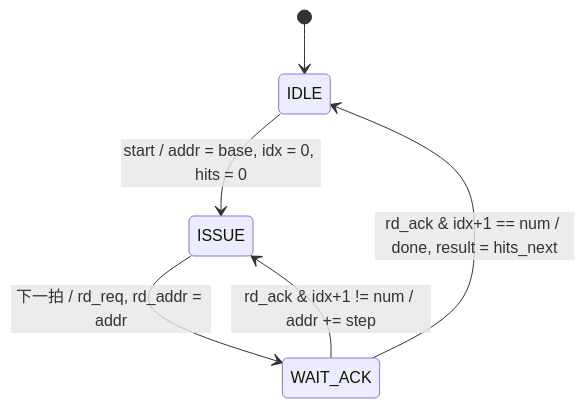
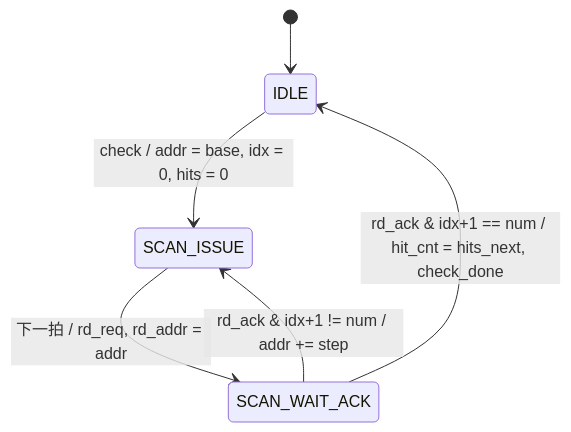
Before and after one commit to rede97/autowire: the fifth of 7 diagrams in docs/state/async-fsm.md, drawn with Mermaid. The commit also changed other lines of this file and 24 other files, not shown here.

````diff
--- a/docs/state/async-fsm.md
+++ b/docs/state/async-fsm.md
@@ -1604,8 +1732,8 @@
 ```mermaid
 stateDiagram-v2
   [*] --> IDLE
-  IDLE --> ISSUE: start / addr = base, idx = 0, hits = 0
-  ISSUE --> WAIT_ACK: 下一拍 / rd_req, rd_addr = addr
-  WAIT_ACK --> ISSUE: rd_ack & idx+1 != num / addr += step
-  WAIT_ACK --> IDLE: rd_ack & idx+1 == num / done, result = hits_next
+  IDLE --> SCAN_ISSUE: check / addr = base, idx = 0, hits = 0
+  SCAN_ISSUE --> SCAN_WAIT_ACK: 下一拍 / rd_req, rd_addr = addr
+  SCAN_WAIT_ACK --> SCAN_ISSUE: rd_ack & idx+1 != num / addr += step
+  SCAN_WAIT_ACK --> IDLE: rd_ack & idx+1 == num / hit_cnt = hits_next, check_done
 ```
````
